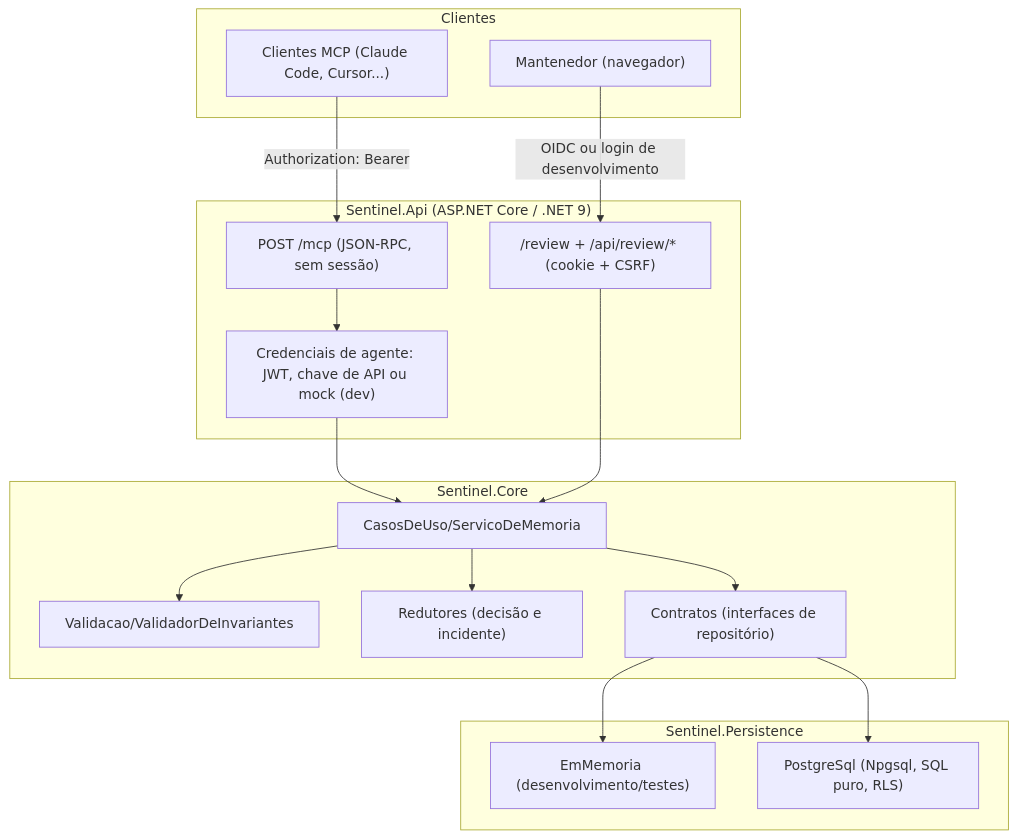
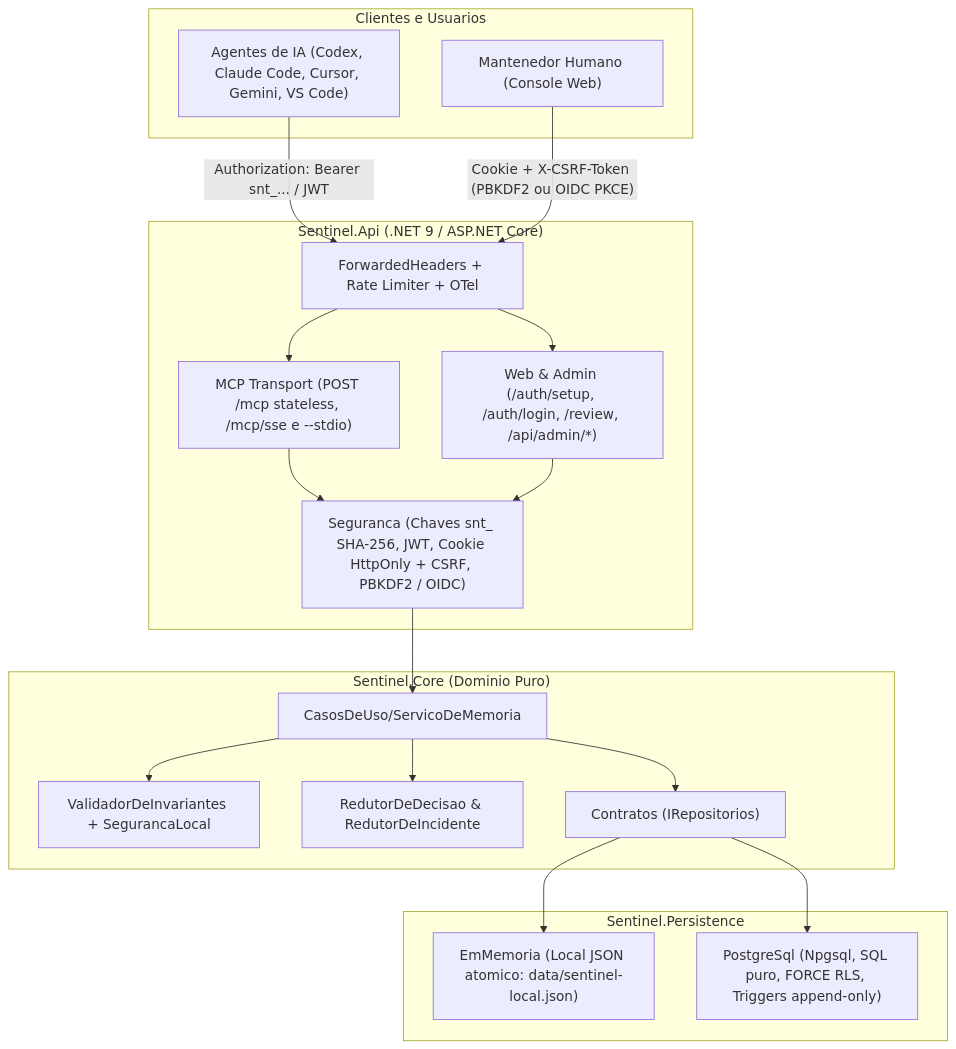
The second of 2 diagrams in README.md (Nathan-Paranhos/SentinelMCP), drawn with Mermaid before and after one commit. The commit also changed other lines of this file and 13 other files, not shown here.

Commit message:
docs,ui: refine Design System tokens, Mermaid flowcharts, and open-source docs

````diff
--- a/README.md
+++ b/README.md
@@ -86,35 +99,36 @@
 ```mermaid
 flowchart TB
-    subgraph Clientes
-        A1["Clientes MCP (Claude Code, Cursor...)"]
-        H1["Mantenedor (navegador)"]
+    subgraph Clientes["Clientes e Usuarios"]
+        A1["Agentes de IA (Codex, Claude Code, Cursor, Gemini, VS Code)"]
+        H1["Mantenedor Humano (Console Web)"]
     end
 
-    subgraph Api["Sentinel.Api (ASP.NET Core / .NET 9)"]
-        McpEp["POST /mcp (JSON-RPC, sem sessão)"]
-        WebRev["/review + /api/review/* (cookie + CSRF)"]
-        Auth["Credenciais de agente: JWT, chave de API ou mock (dev)"]
+    subgraph Api["Sentinel.Api (.NET 9 / ASP.NET Core)"]
+        Proxy["ForwardedHeaders + Rate Limiter + OTel"]
+        McpEp["MCP Transport (POST /mcp stateless, /mcp/sse e --stdio)"]
+        WebRev["Web & Admin (/auth/setup, /auth/login, /review, /api/admin/*)"]
+        Auth["Seguranca (Chaves snt_ SHA-256, JWT, Cookie HttpOnly + CSRF, PBKDF2 / OIDC)"]
     end
 
-    subgraph Core["Sentinel.Core"]
+    subgraph Core["Sentinel.Core (Dominio Puro)"]
         Servico["CasosDeUso/ServicoDeMemoria"]
-        Valid["Validacao/ValidadorDeInvariantes"]
-        Red["Redutores (decisão e incidente)"]
-        Contr["Contratos (interfaces de repositório)"]
+        Valid["ValidadorDeInvariantes + SegurancaLocal"]
+        Red["RedutorDeDecisao & RedutorDeIncidente"]
+        Contr["Contratos (IRepositorios)"]
     end
 
     subgraph Pers["Sentinel.Persistence"]
-        Mem["EmMemoria (desenvolvimento/testes)"]
-        Pg["PostgreSql (Npgsql, SQL puro, RLS)"]
+        Mem["EmMemoria (Local JSON atomico: data/sentinel-local.json)"]
+        Pg["PostgreSql (Npgsql, SQL puro, FORCE RLS, Triggers append-only)"]
     end
 
-    A1 -->|Authorization: Bearer| McpEp
-    H1 -->|OIDC ou login de desenvolvimento| WebRev
+    A1 -->|"Authorization: Bearer snt_... / JWT"| Proxy --> McpEp
+    H1 -->|"Cookie + X-CSRF-Token (PBKDF2 ou OIDC PKCE)"| Proxy --> WebRev
     McpEp --> Auth --> Servico
-    WebRev --> Servico
+    WebRev --> Auth
     Servico --> Valid
     Servico --> Red
     Servico --> Contr
     Contr --> Mem
     Contr --> Pg
 ```
````
